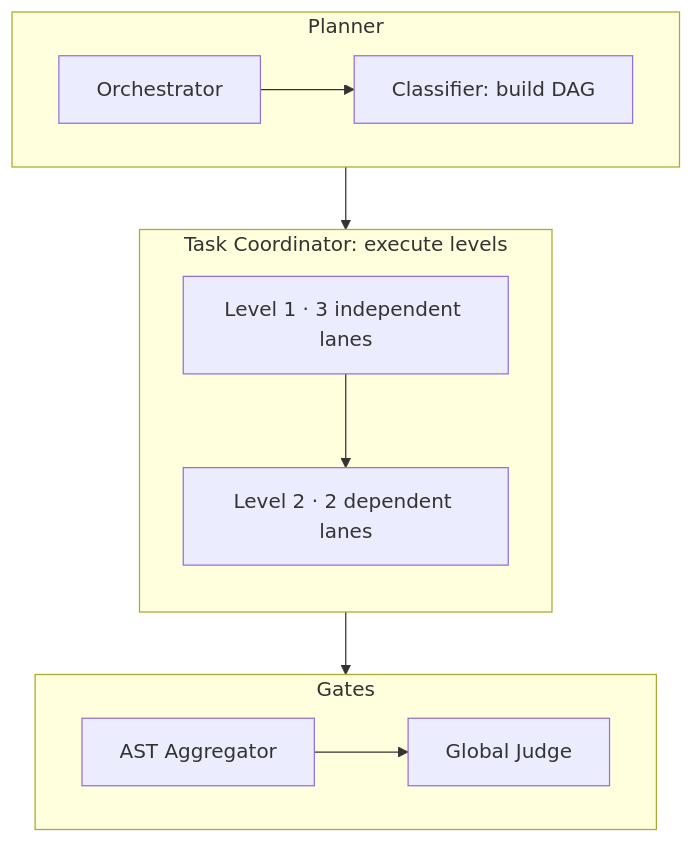
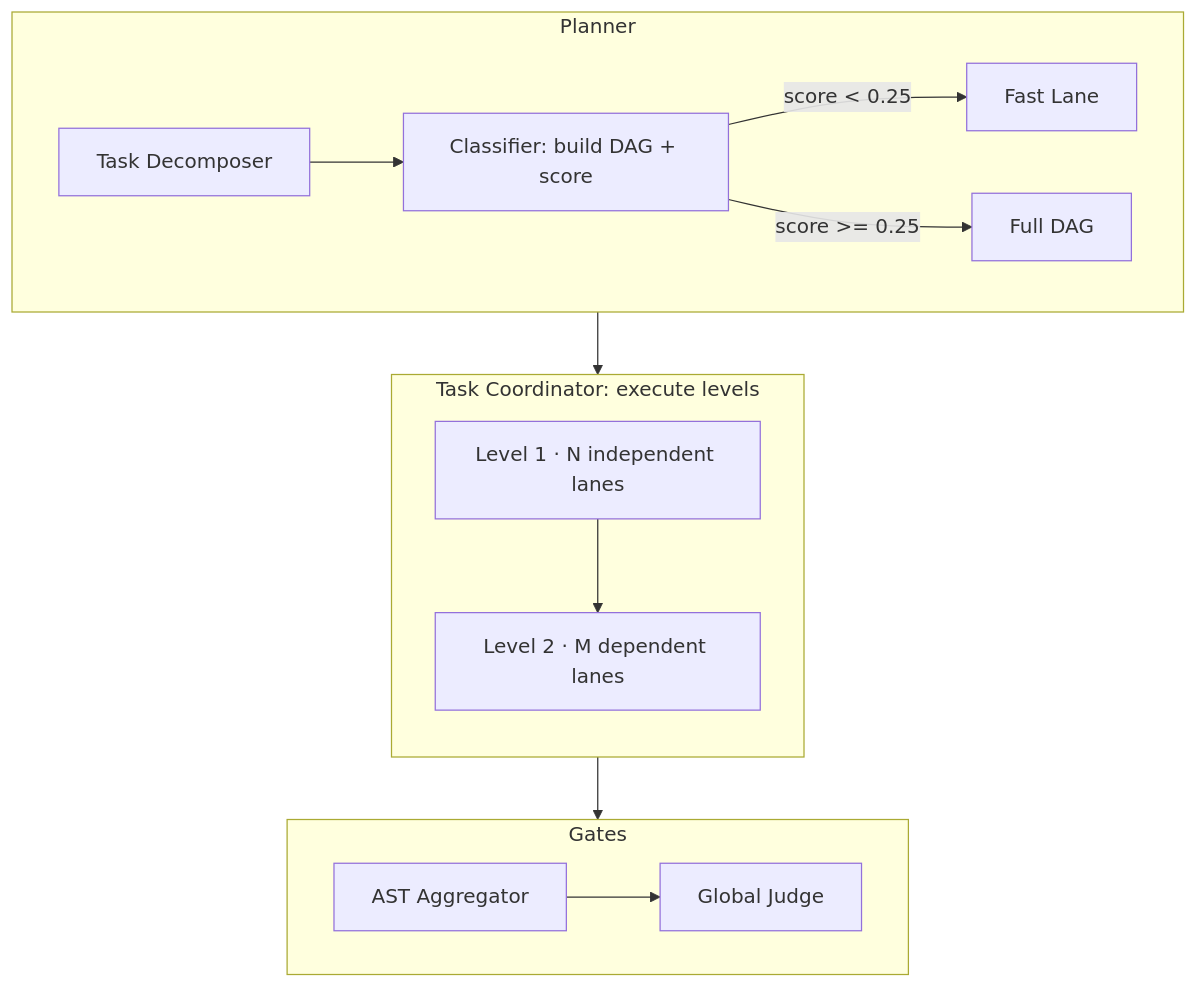
The second of 4 diagrams in README.md (datnguyennnx/nyx), drawn with Mermaid before and after one commit. The commit also changed other lines of this file and 38 other files, not shown here.

````diff
--- a/README.md
+++ b/README.md
@@ -57,14 +87,16 @@
 ```mermaid
 flowchart TB
     subgraph Planner
-        O[Orchestrator] --> CL[Classifier: build DAG]
+        TD[Task Decomposer] --> CL[Classifier: build DAG + score]
+        CL -->|"score < 0.25"| FL[Fast Lane]
+        CL -->|"score >= 0.25"| DAG[Full DAG]
     end
     subgraph Exec["Task Coordinator: execute levels"]
         direction TB
-        L1["Level 1 · 3 independent lanes"] --> L2["Level 2 · 2 dependent lanes"]
+        L1["Level 1 · N independent lanes"] --> L2["Level 2 · M dependent lanes"]
     end
     subgraph Gates
         AA[AST Aggregator] --> GJ[Global Judge]
     end
     Planner --> Exec --> Gates
 ```
````
